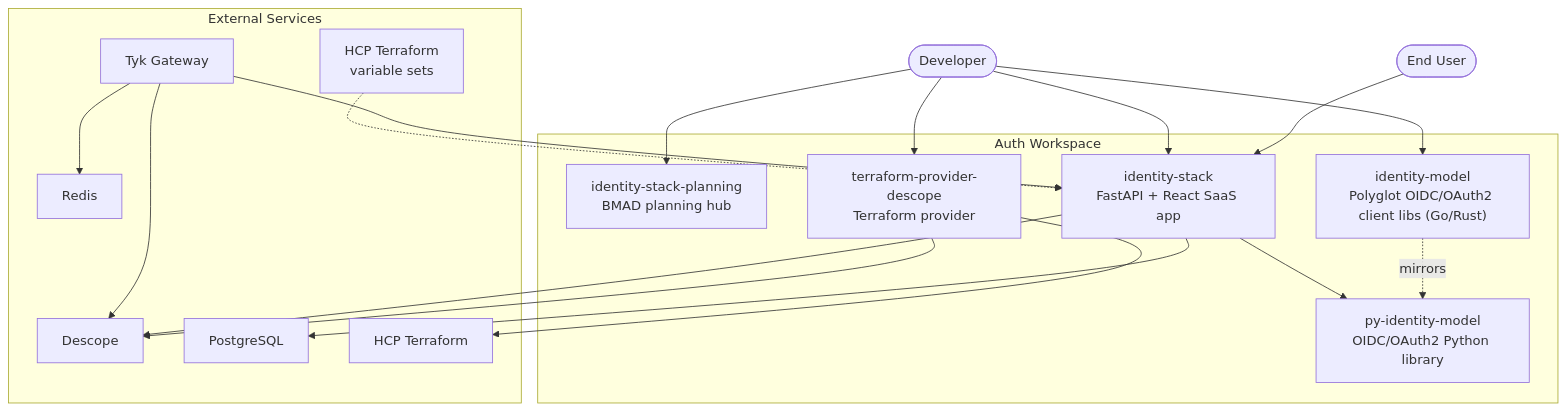
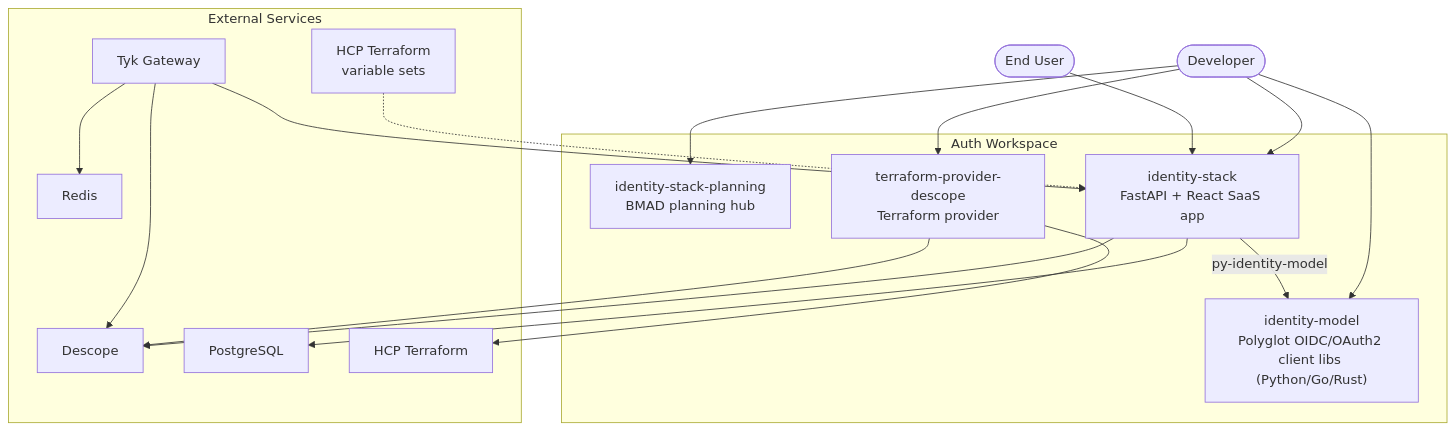
The first of 5 diagrams in docs/system-architecture.md (jamescrowley321/identity-stack-planning), drawn with Mermaid before and after one commit. The commit also changed other lines of this file and 26 other files, not shown here.

````diff
--- a/docs/system-architecture.md
+++ b/docs/system-architecture.md
@@ -14,39 +14,37 @@
 ```mermaid
 graph TB
     dev(["Developer"])
     user(["End User"])
 
     subgraph workspace["Auth Workspace"]
         ap["identity-stack-planning<br/>BMAD planning hub"]
-        pim["py-identity-model<br/>OIDC/OAuth2 Python library"]
         tfp["terraform-provider-descope<br/>Terraform provider"]
         is["identity-stack<br/>FastAPI + React SaaS app"]
-        im["identity-model<br/>Polyglot OIDC/OAuth2 client libs (Go/Rust)"]
+        im["identity-model<br/>Polyglot OIDC/OAuth2 client libs (Python/Go/Rust)"]
     end
 
     subgraph external["External Services"]
         descope["Descope"]
         pg["PostgreSQL"]
         redis["Redis"]
         tyk["Tyk Gateway"]
         varsets["HCP Terraform<br/>variable sets"]
         hcp["HCP Terraform"]
     end
 
     dev --> ap
     dev --> tfp
     dev --> is
     dev --> im
     user --> is
 
-    is --> pim
-    im -.->|mirrors| pim
+    is -->|py-identity-model| im
     is --> descope
     is --> pg
     tfp --> descope
     tfp --> hcp
     varsets -.-> is
     tyk --> is
     tyk --> descope
     tyk --> redis
 ```
````
